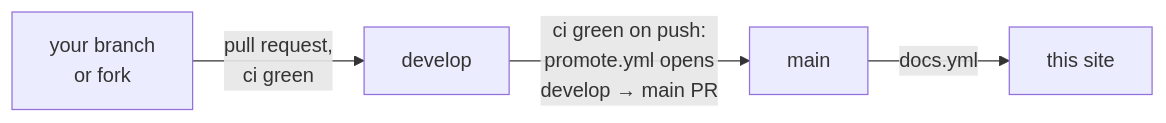
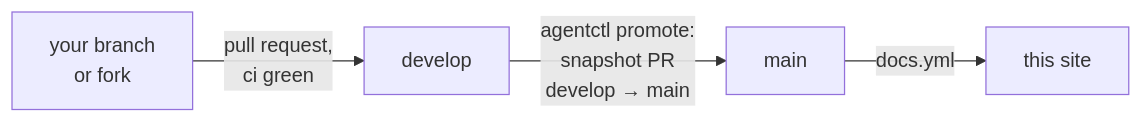
One commit to adams-shaun/gorge changed the second of 3 diagrams in docs/site/repos/index.md. Above: the diagram before and after it, drawn with Mermaid. The commit also changed other lines of this file and 1 other file, not shown here.

First line of the commit message:
ci: drop promote.yml; develop -> main promotion is agentctl's [promote] snapshot PR

````diff
--- a/docs/site/repos/index.md
+++ b/docs/site/repos/index.md
@@ -206,6 +206,6 @@
 ```mermaid
 flowchart LR
   pr["your branch<br/>or fork"] -->|"pull request,<br/>ci green"| develop["develop"]
-  develop -->|"ci green on push:<br/>promote.yml opens<br/>develop → main PR"| main["main"]
+  develop -->|"agentctl promote:<br/>snapshot PR<br/>develop → main"| main["main"]
   main -->|"docs.yml"| site["this site"]
 ```
````
